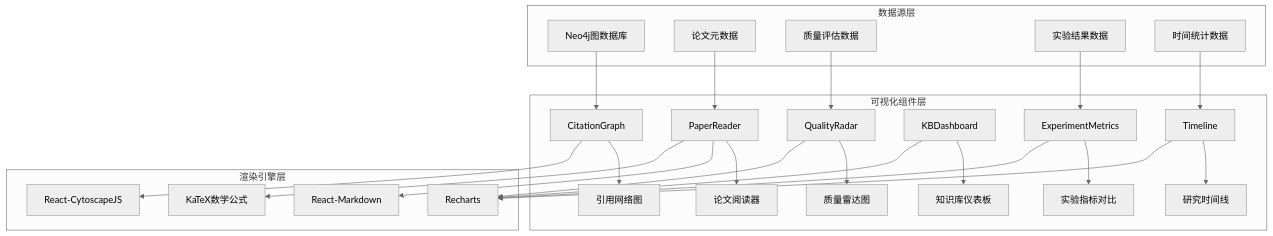
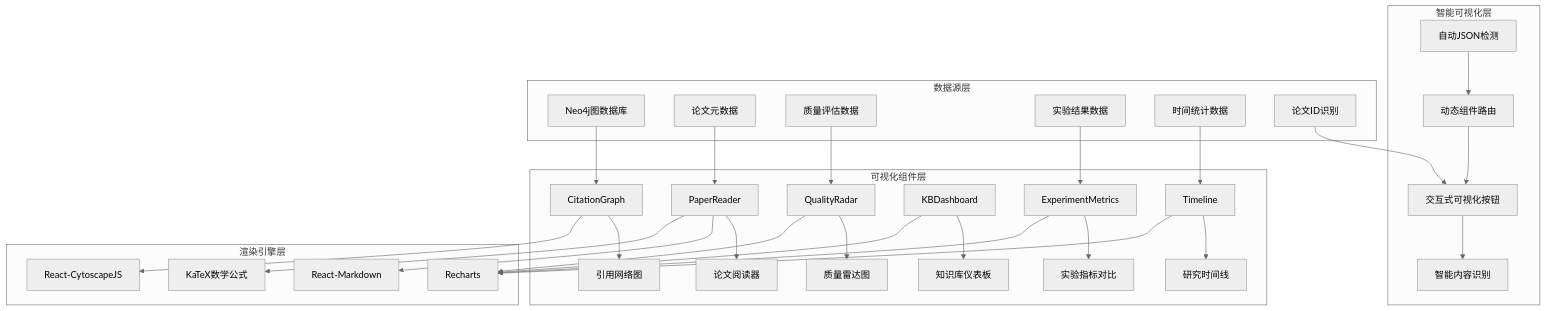
One commit to 1173591564/academic-based-qoder changed the eighth of 11 diagrams in .qoder/repowiki/zh/content/部署与运维/桌面应用程序基础设施.md. Above: the diagram before and after it, drawn with Mermaid (neutral theme). The commit also changed other lines of this file and 37 other files, not shown here.

````diff
--- a/.qoder/repowiki/zh/content/部署与运维/桌面应用程序基础设施.md
+++ b/.qoder/repowiki/zh/content/部署与运维/桌面应用程序基础设施.md
@@ -314,36 +367,47 @@
 ```mermaid
 graph TB
+subgraph "智能可视化层"
+A[自动JSON检测]
+B[动态组件路由]
+C[交互式可视化按钮]
+D[智能内容识别]
+end
 subgraph "可视化组件层"
-A[CitationGraph] --> B[引用网络图]
-C[PaperReader] --> D[论文阅读器]
-E[QualityRadar] --> F[质量雷达图]
-G[KBDashboard] --> H[知识库仪表板]
-I[ExperimentMetrics] --> J[实验指标对比]
-K[Timeline] --> L[研究时间线]
+E[CitationGraph] --> F[引用网络图]
+G[PaperReader] --> H[论文阅读器]
+I[QualityRadar] --> J[质量雷达图]
+K[KBDashboard] --> L[知识库仪表板]
+M[ExperimentMetrics] --> N[实验指标对比]
+O[Timeline] --> P[研究时间线]
 end
 subgraph "数据源层"
-M[Neo4j图数据库]
-N[论文元数据]
-O[质量评估数据]
-P[实验结果数据]
-Q[时间统计数据]
+Q[Neo4j图数据库]
+R[论文元数据]
+S[质量评估数据]
+T[实验结果数据]
+U[时间统计数据]
+V[论文ID识别]
 end
 subgraph "渲染引擎层"
-R[React-CytoscapeJS]
-S[Recharts]
-T[React-Markdown]
-U[KaTeX数学公式]
+W[React-CytoscapeJS]
+X[Recharts]
+Y[React-Markdown]
+Z[KaTeX数学公式]
 end
-A --> R
-C --> T
-C --> U
-E --> S
-G --> S
-I --> S
-K --> S
-M --> A
-N --> C
-O --> E
-P --> I
-Q --> K
+A --> B
+B --> C
+C --> D
+E --> W
+G --> Y
+G --> Z
+I --> X
+K --> X
+M --> X
+O --> X
+Q --> E
+R --> G
+S --> I
+T --> M
+U --> O
+V --> C
 ```
````
